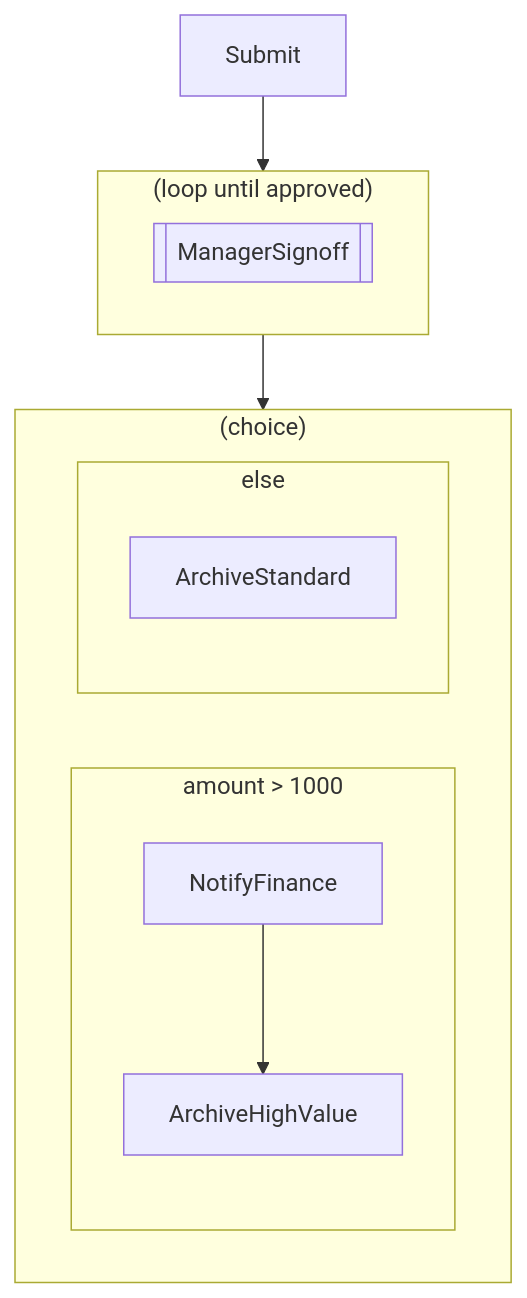
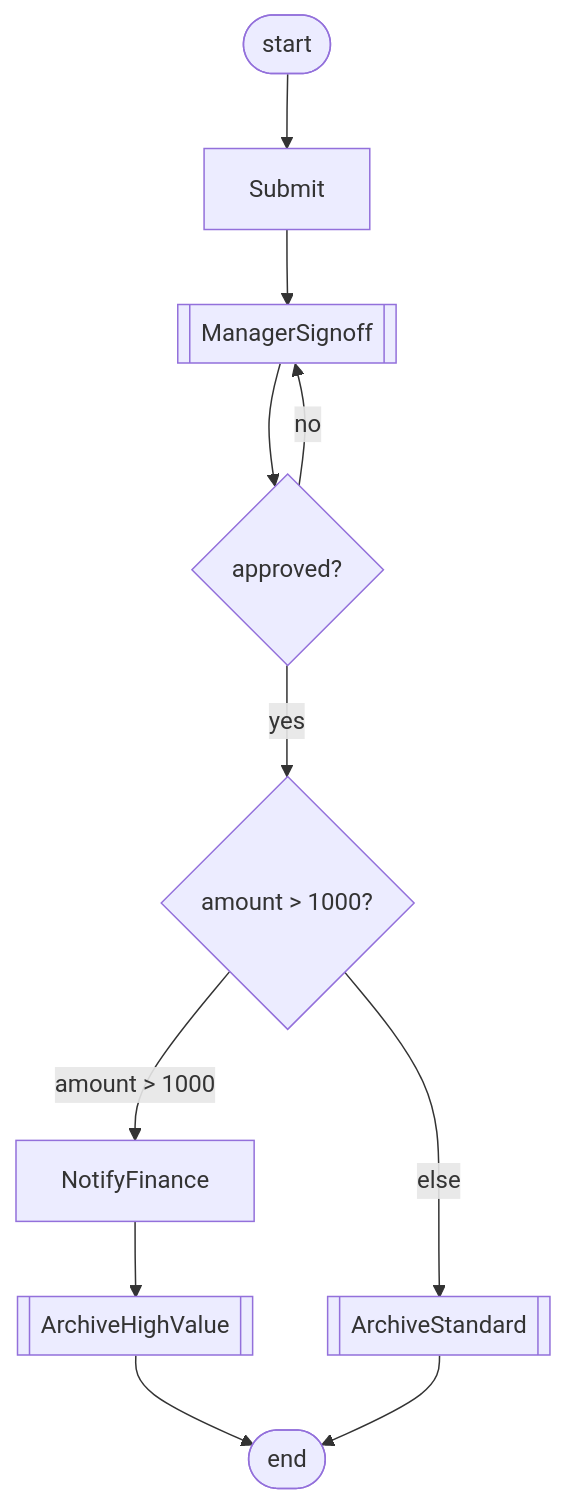
One commit to AelasticS/Synthesis changed the first of 4 diagrams in apps/docs/docs/developer-guide/examples/workflow.md. Above: the diagram before and after it, drawn with Mermaid. The commit also changed other lines of this file and 13 other files, not shown here.

Commit message:
refactor(workflow-to-mermaid): the flowchart view replaces the nested-subgraph drawing

````diff
--- a/apps/docs/docs/developer-guide/examples/workflow.md
+++ b/apps/docs/docs/developer-guide/examples/workflow.md
@@ -261,19 +268,22 @@
 ```mermaid
 flowchart TD
+  start_node(["start"])
   Submit["Submit"]
-  subgraph loop1["(loop until approved)"]
-    ManagerSignoff[["ManagerSignoff"]]
-  end
-  subgraph choice1["(choice)"]
-    subgraph choice1_b1["amount > 1000"]
-      NotifyFinance["NotifyFinance"]
-      ArchiveHighValue["ArchiveHighValue"]
-      NotifyFinance --> ArchiveHighValue
-    end
-    subgraph choice1_b2["else"]
-      ArchiveStandard["ArchiveStandard"]
-    end
-  end
-  Submit --> loop1
-  loop1 --> choice1
+  ManagerSignoff[["ManagerSignoff"]]
+  loop1{"approved?"}
+  choice1{"amount > 1000?"}
+  NotifyFinance["NotifyFinance"]
+  ArchiveHighValue[["ArchiveHighValue"]]
+  ArchiveStandard[["ArchiveStandard"]]
+  end_node(["end"])
+  start_node --> Submit
+  Submit --> ManagerSignoff
+  ManagerSignoff --> loop1
+  loop1 -->|no| ManagerSignoff
+  loop1 -->|yes| choice1
+  choice1 -->|amount > 1000| NotifyFinance
+  NotifyFinance --> ArchiveHighValue
+  choice1 -->|else| ArchiveStandard
+  ArchiveHighValue --> end_node
+  ArchiveStandard --> end_node
 ```
````
